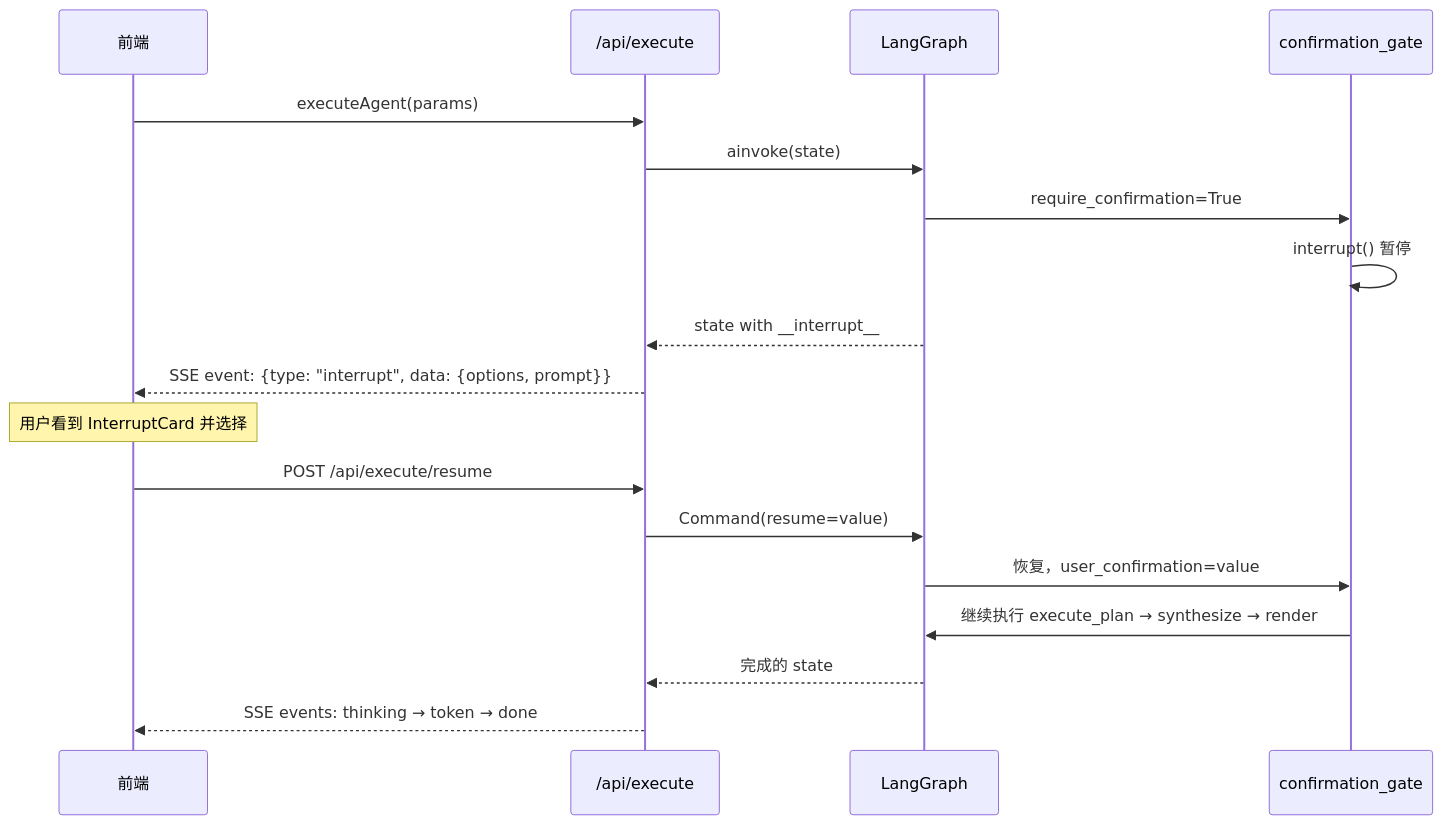
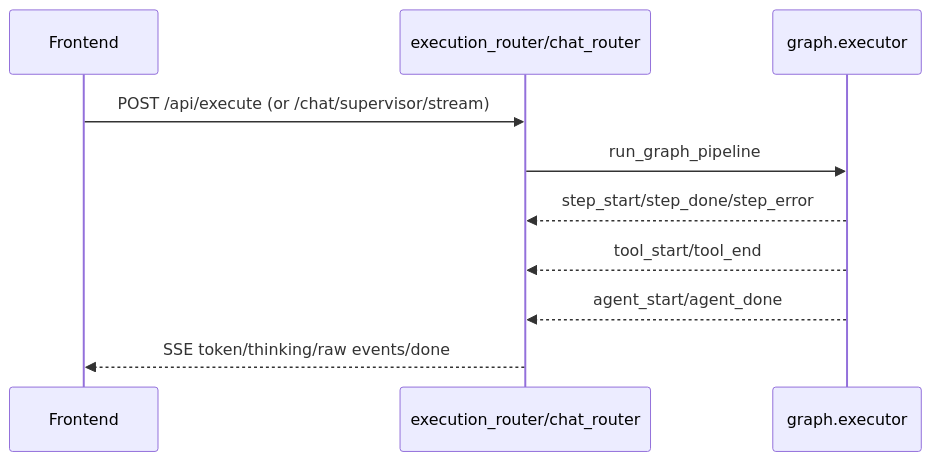
Before and after one commit to kkkano/FinSight: the second of 2 diagrams in readme.md, drawn with Mermaid. The commit also changed other lines of this file and 5 other files, not shown here.

Commit message:
docs: refresh architecture, agent-tool chain, and docs index

````diff
--- a/readme.md
+++ b/readme.md
@@ -293,23 +65,12 @@
 ```mermaid
 sequenceDiagram
-    participant FE as 前端
-    participant API as /api/execute
-    participant GRAPH as LangGraph
-    participant GATE as confirmation_gate
-
-    FE->>API: executeAgent(params)
-    API->>GRAPH: ainvoke(state)
-    GRAPH->>GATE: require_confirmation=True
-    GATE->>GATE: interrupt() 暂停
-    GRAPH-->>API: state with __interrupt__
-    API-->>FE: SSE event: {type: "interrupt", data: {options, prompt}}
-
-    Note over FE: 用户看到 InterruptCard 并选择
-
-    FE->>API: POST /api/execute/resume
-    API->>GRAPH: Command(resume=value)
-    GRAPH->>GATE: 恢复，user_confirmation=value
-    GATE->>GRAPH: 继续执行 execute_plan → synthesize → render
-    GRAPH-->>API: 完成的 state
-    API-->>FE: SSE events: thinking → token → done
+  participant FE as Frontend
+  participant API as execution_router/chat_router
+  participant EX as graph.executor
+  FE->>API: POST /api/execute (or /chat/supervisor/stream)
+  API->>EX: run_graph_pipeline
+  EX-->>API: step_start/step_done/step_error
+  EX-->>API: tool_start/tool_end
+  EX-->>API: agent_start/agent_done
+  API-->>FE: SSE token/thinking/raw events/done
 ```
````
